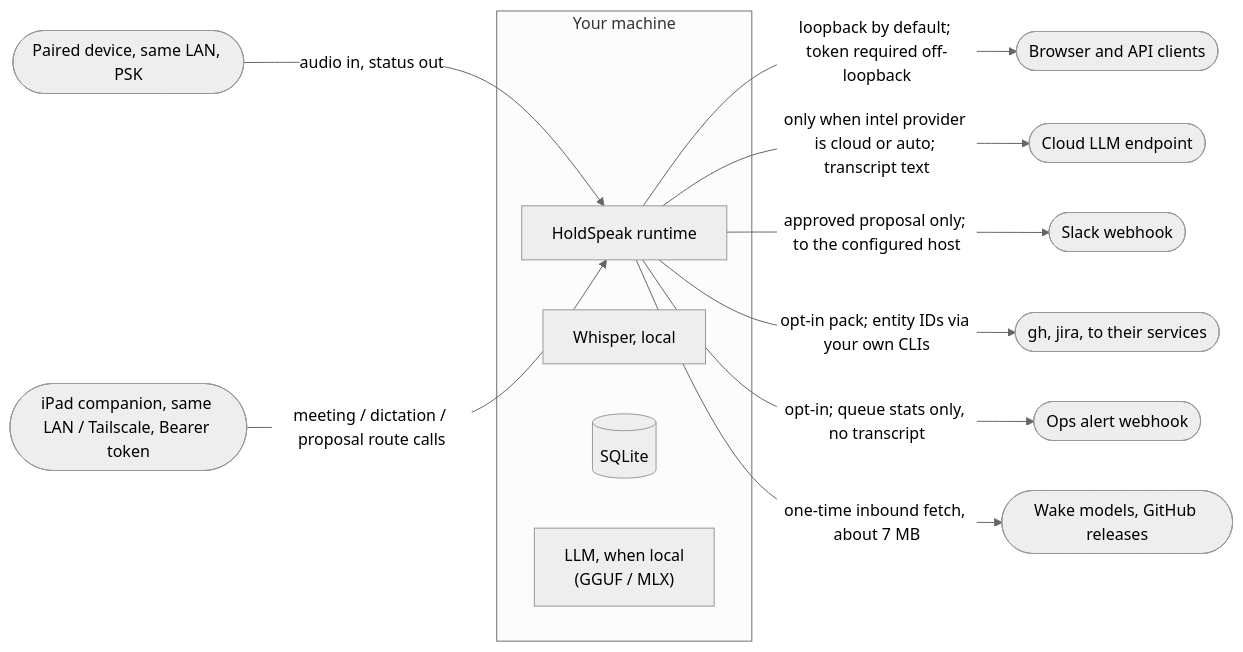
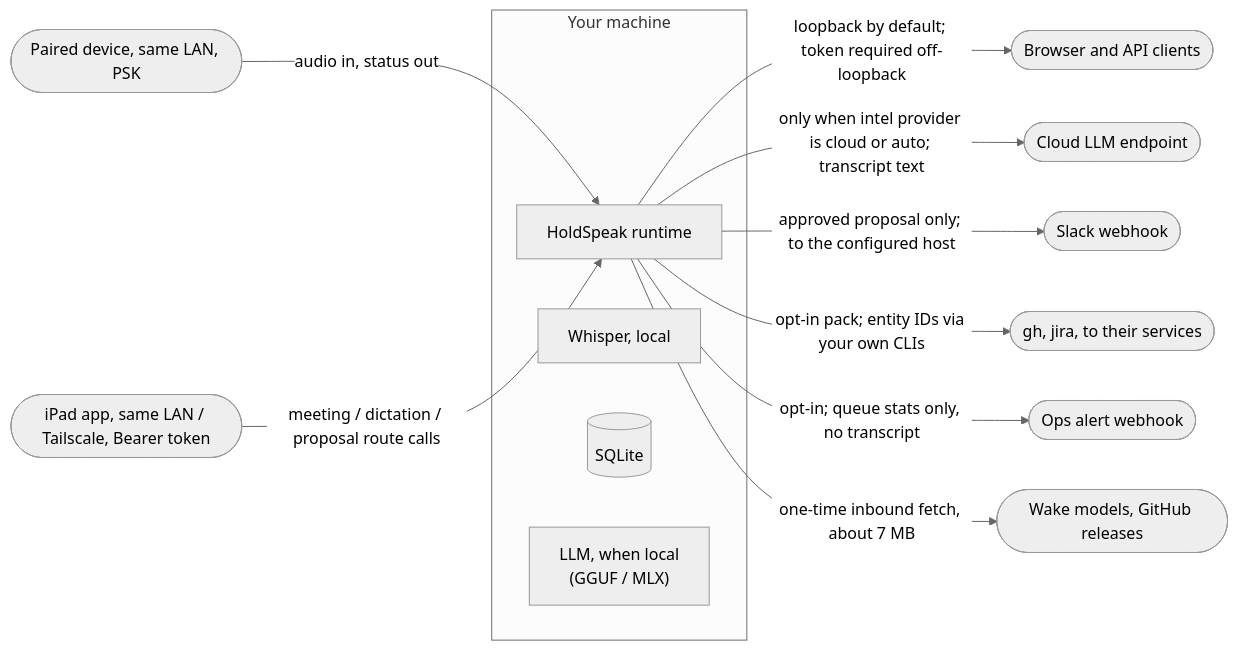
The seventh of 7 diagrams in docs/ARCHITECTURE.md (karolswdev/HoldSpeak), drawn with Mermaid (neutral theme) before and after one commit. The commit also changed other lines of this file and 7 other files, not shown here.

````diff
--- a/docs/ARCHITECTURE.md
+++ b/docs/ARCHITECTURE.md
@@ -258,17 +260,17 @@
 ```mermaid
 flowchart LR
   subgraph machine["Your machine"]
     RT["HoldSpeak runtime"]
     WH["Whisper, local"]
     DB[("SQLite")]
     LL["LLM, when local<br/>(GGUF / MLX)"]
   end
   RT -->|"loopback by default; token required off-loopback"| WEB(["Browser and API clients"])
   RT -->|"only when intel provider is cloud or auto; transcript text"| CLOUD(["Cloud LLM endpoint"])
   RT -->|"approved proposal only; to the configured host"| SK(["Slack webhook"])
   RT -->|"opt-in pack; entity IDs via your own CLIs"| CLI(["gh, jira, to their services"])
   RT -->|"opt-in; queue stats only, no transcript"| OPS(["Ops alert webhook"])
   RT -->|"one-time inbound fetch, about 7 MB"| WM(["Wake models, GitHub releases"])
   DEVCE(["Paired device, same LAN, PSK"]) -->|"audio in, status out"| RT
-  IPAD(["iPad companion, same LAN / Tailscale, Bearer token"]) -->|"meeting / dictation / proposal route calls"| RT
+  IPAD(["iPad app, same LAN / Tailscale, Bearer token"]) -->|"meeting / dictation / proposal route calls"| RT
 ```
````
